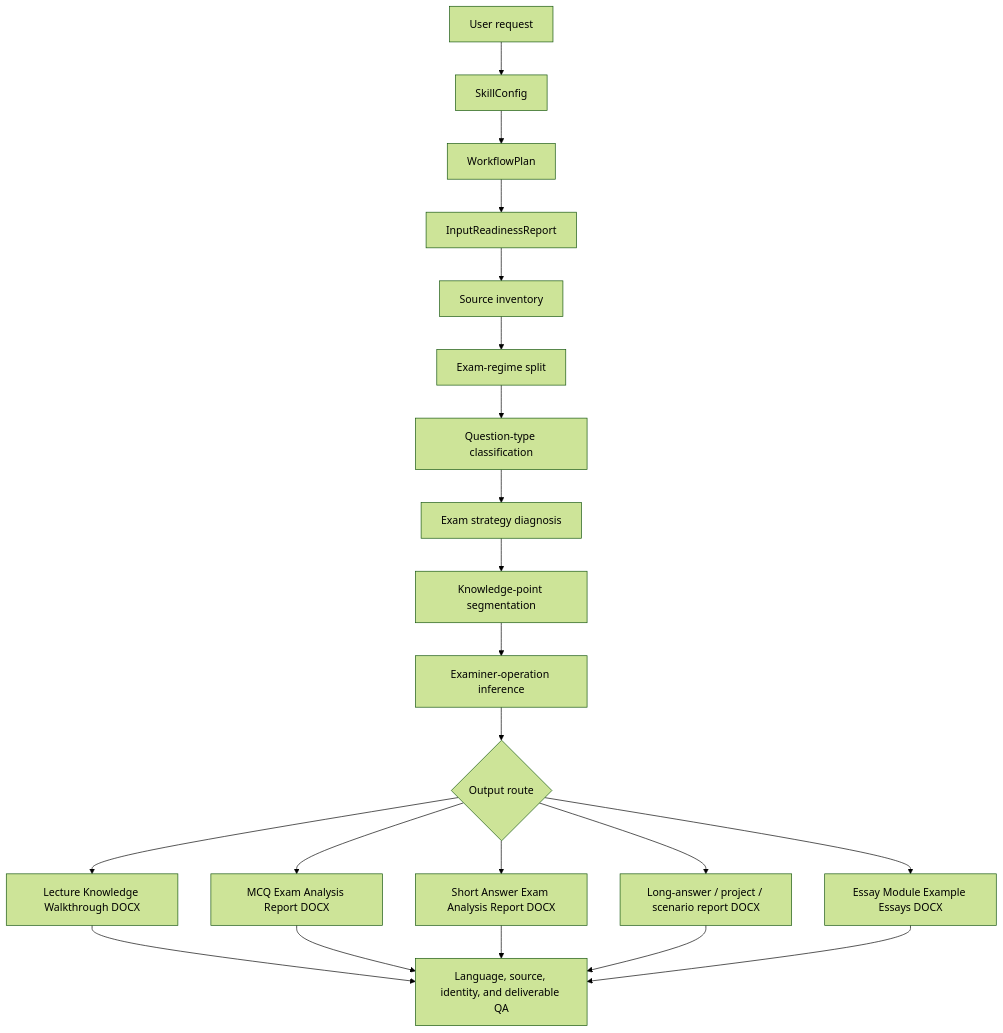
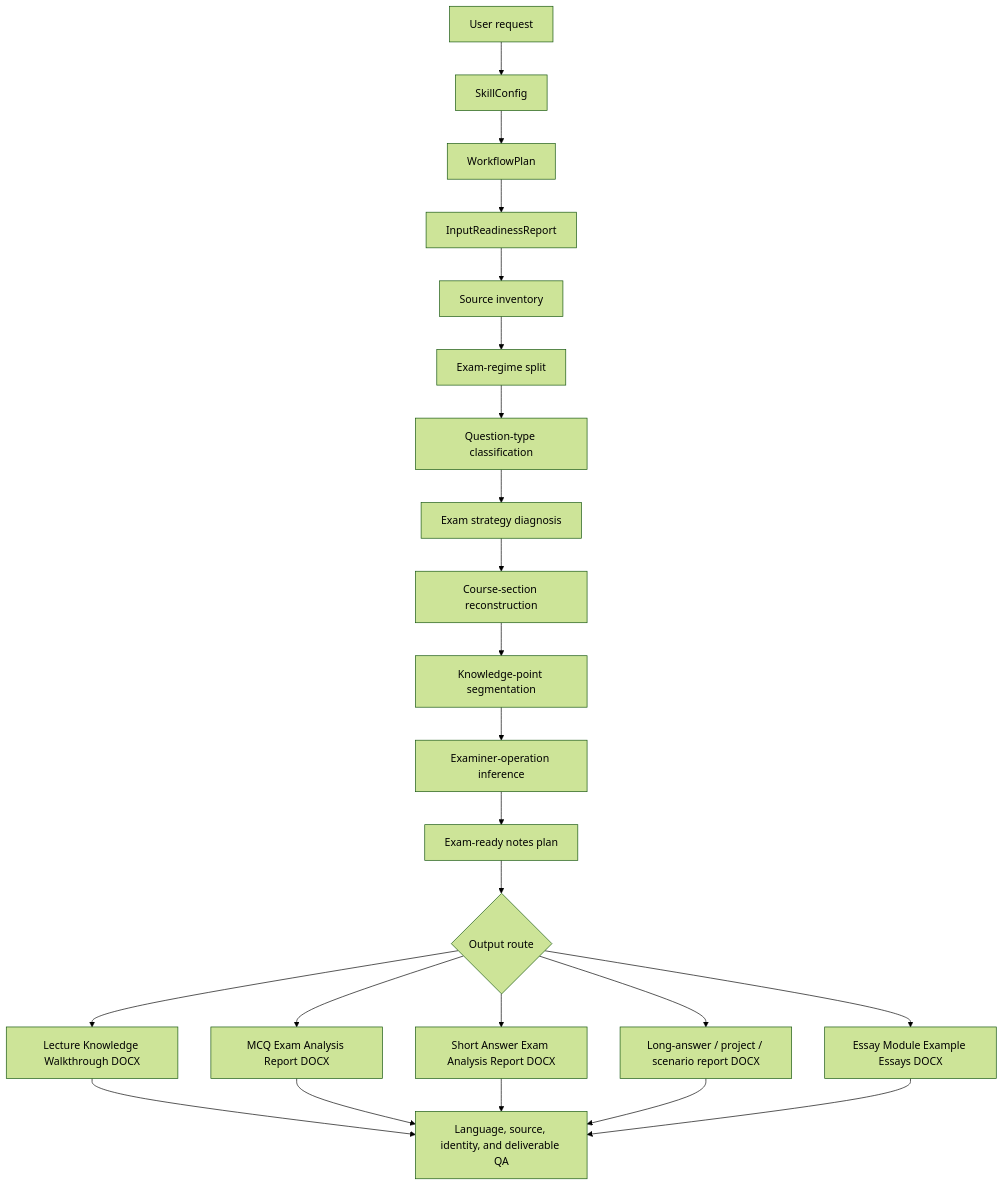
One commit to OctavianYimingZhang/sbs-exam-prep-workflow changed the diagram in README.md. Above: the diagram before and after it, drawn with Mermaid (forest theme). The commit also changed other lines of this file and 38 other files, not shown here.

Commit message:
Add exam-informed notes routing

````diff
--- a/README.md
+++ b/README.md
@@ -243,23 +246,25 @@
 ```mermaid
 flowchart TD
     A[User request] --> B[SkillConfig]
     B --> C[WorkflowPlan]
     C --> D[InputReadinessReport]
     D --> E[Source inventory]
     E --> F[Exam-regime split]
     F --> G[Question-type classification]
     G --> H[Exam strategy diagnosis]
-    H --> I[Knowledge-point segmentation]
-    I --> J[Examiner-operation inference]
-    J --> K{Output route}
-    K --> L[Lecture Knowledge Walkthrough DOCX]
-    K --> M[MCQ Exam Analysis Report DOCX]
-    K --> N[Short Answer Exam Analysis Report DOCX]
-    K --> O[Long-answer / project / scenario report DOCX]
-    K --> Q[Essay Module Example Essays DOCX]
+    H --> I[Course-section reconstruction]
+    I --> J[Knowledge-point segmentation]
+    J --> K[Examiner-operation inference]
+    K --> R[Exam-ready notes plan]
+    R --> S{Output route}
+    S --> L[Lecture Knowledge Walkthrough DOCX]
+    S --> M[MCQ Exam Analysis Report DOCX]
+    S --> N[Short Answer Exam Analysis Report DOCX]
+    S --> O[Long-answer / project / scenario report DOCX]
+    S --> Q[Essay Module Example Essays DOCX]
     L --> P[Language, source, identity, and deliverable QA]
     M --> P
     N --> P
     O --> P
     Q --> P
 ```
````
